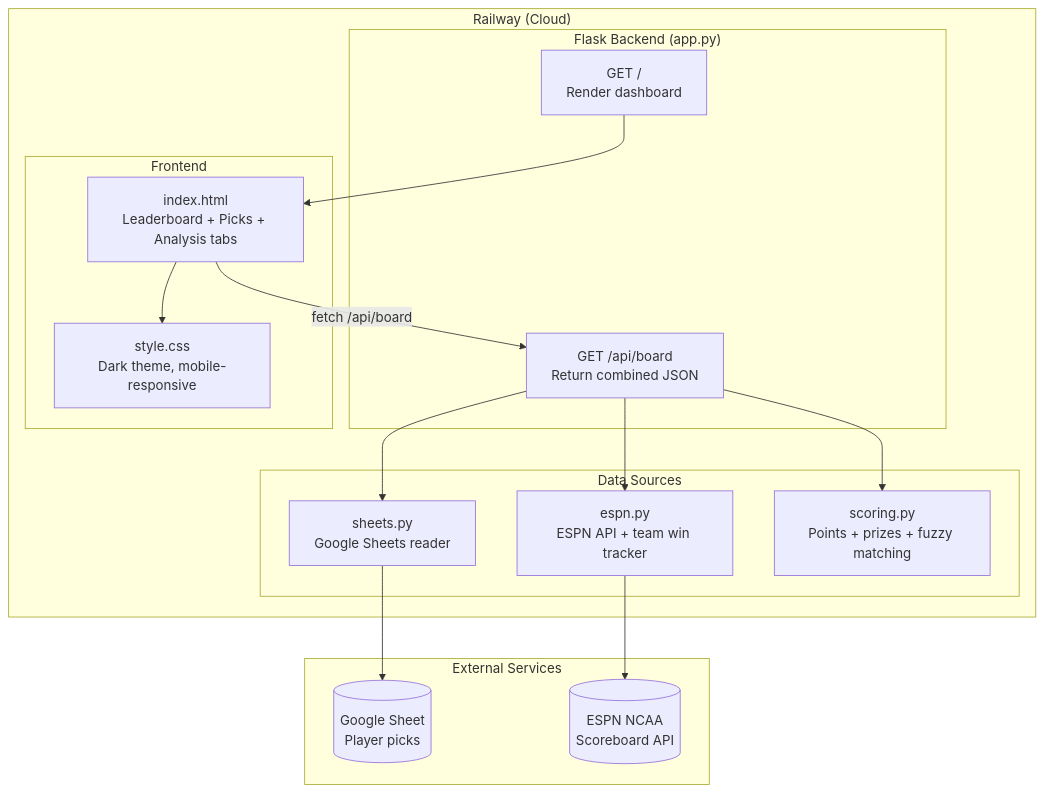
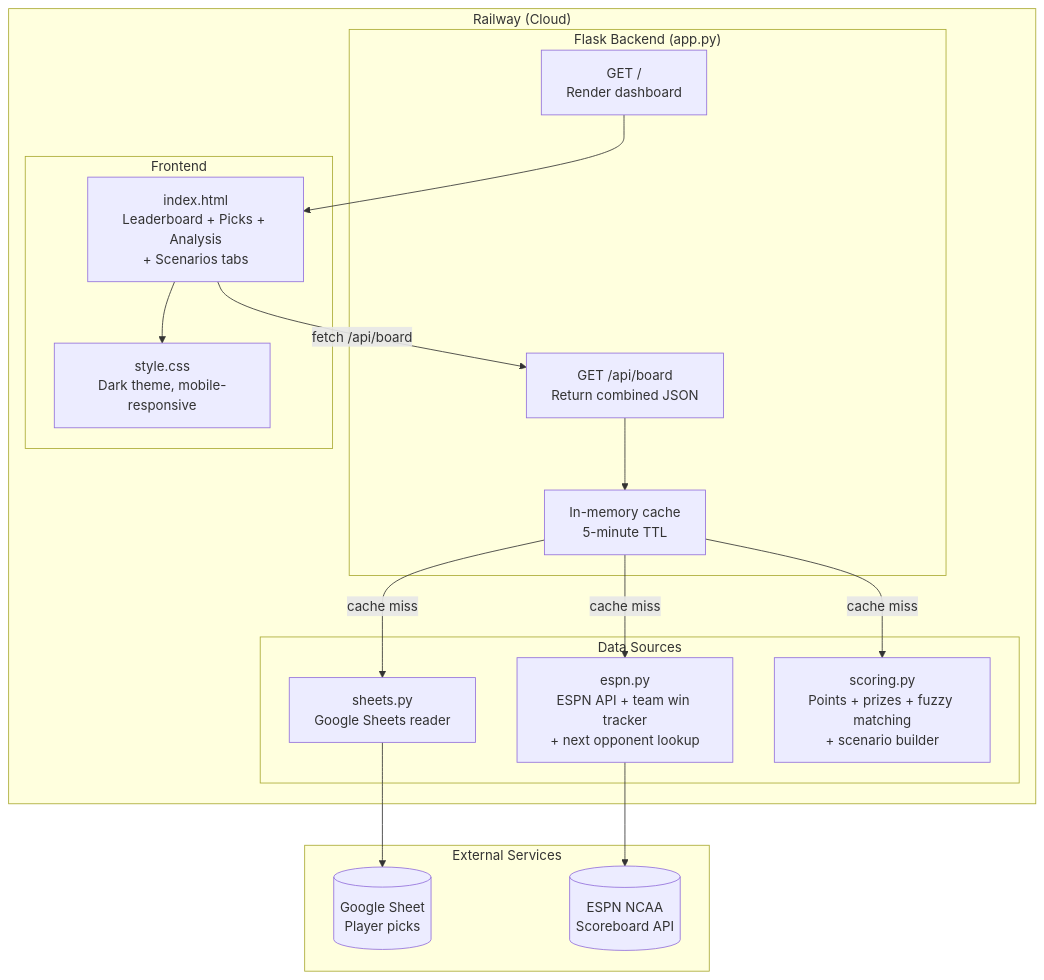
The second of 2 diagrams in PRD.md (bcdray/ncaa-pick8), drawn with Mermaid before and after one commit. The commit also changed other lines of this file, not shown here.

Commit message:
Update PRD: Scenarios tab, Analysis improvements, caching, fuzzy matching

````diff
--- a/PRD.md
+++ b/PRD.md
@@ -77,34 +97,36 @@
 ```mermaid
 graph TD
     subgraph "Railway (Cloud)"
         subgraph "Flask Backend (app.py)"
             R1["GET /\nRender dashboard"]
             R2["GET /api/board\nReturn combined JSON"]
+            CA["In-memory cache\n5-minute TTL"]
         end
 
         subgraph "Data Sources"
             S["sheets.py\nGoogle Sheets reader"]
-            E["espn.py\nESPN API + team win tracker"]
-            SC["scoring.py\nPoints + prizes + fuzzy matching"]
+            E["espn.py\nESPN API + team win tracker\n+ next opponent lookup"]
+            SC["scoring.py\nPoints + prizes + fuzzy matching\n+ scenario builder"]
         end
 
         subgraph "Frontend"
-            H["index.html\nLeaderboard + Picks + Analysis tabs"]
+            H["index.html\nLeaderboard + Picks + Analysis\n+ Scenarios tabs"]
             CSS["style.css\nDark theme, mobile-responsive"]
         end
     end
 
     subgraph "External Services"
         GS[("Google Sheet\nPlayer picks")]
         ESPN[("ESPN NCAA\nScoreboard API")]
     end
 
-    R2 --> S
-    R2 --> E
-    R2 --> SC
+    R2 --> CA
+    CA -->|"cache miss"| S
+    CA -->|"cache miss"| E
+    CA -->|"cache miss"| SC
     S --> GS
     E --> ESPN
     R1 --> H
     H --> CSS
     H -->|"fetch /api/board"| R2
 ```
````
